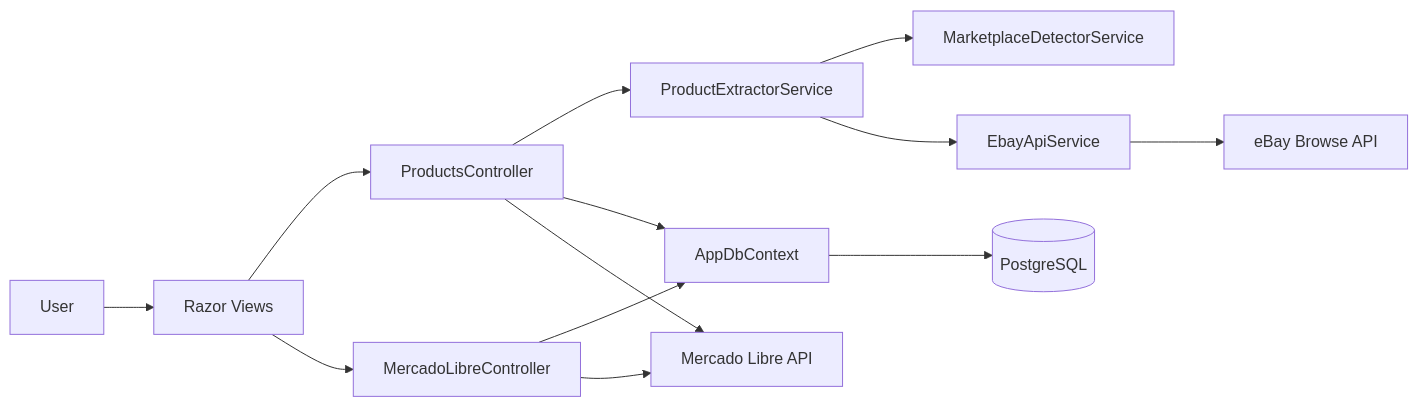
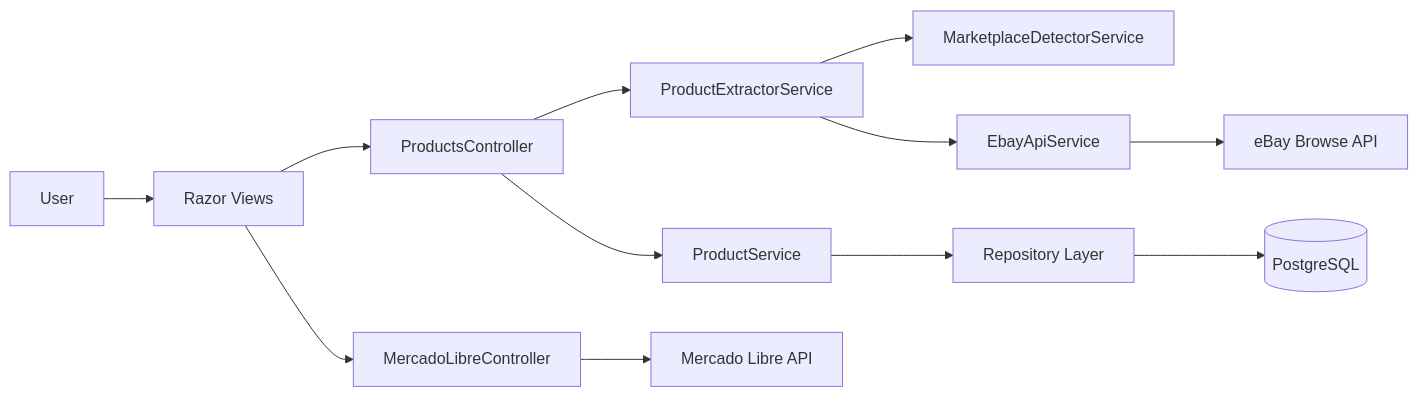
Before and after one commit to pancho63490/MarketplaceSync: the second of 3 diagrams in docs/architecture.md, drawn with Mermaid. The commit also changed other lines of this file, not shown here.

Commit message:
docs: enhance architecture documentation

````diff
--- a/docs/architecture.md
+++ b/docs/architecture.md
@@ -68,19 +141,21 @@
 ```mermaid
 flowchart LR
     User[User] --> UI[Razor Views]
+
     UI --> ProductsController[ProductsController]
     UI --> MercadoLibreController[MercadoLibreController]
 
     ProductsController --> ProductExtractorService[ProductExtractorService]
+    ProductsController --> ProductService[ProductService]
+
     ProductExtractorService --> MarketplaceDetectorService[MarketplaceDetectorService]
     ProductExtractorService --> EbayApiService[EbayApiService]
 
-    ProductsController --> AppDbContext[AppDbContext]
-    MercadoLibreController --> AppDbContext
+    ProductService --> RepositoryLayer[Repository Layer]
 
-    AppDbContext --> PostgreSQL[(PostgreSQL)]
+    RepositoryLayer --> PostgreSQL[(PostgreSQL)]
 
     EbayApiService --> EbayAPI[eBay Browse API]
+
     MercadoLibreController --> MercadoLibreAPI[Mercado Libre API]
-    ProductsController --> MercadoLibreAPI
 ```
````
